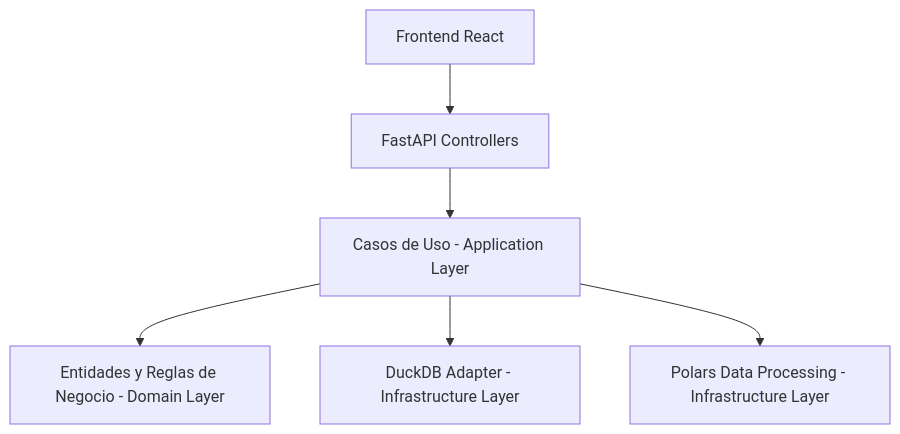
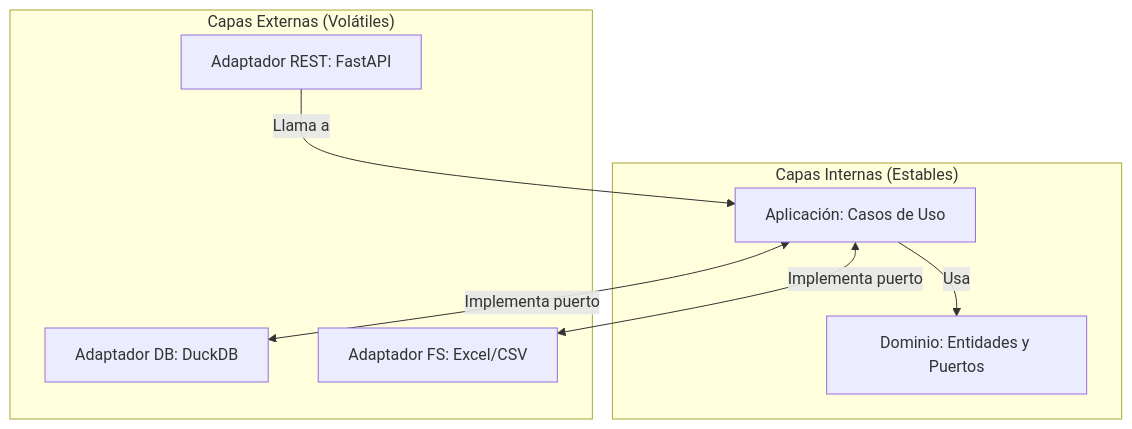
Before and after one commit to ivmafo/tsis_umb_data_science: the second of 2 diagrams in docs/architecture.md, drawn with Mermaid. The commit also changed other lines of this file and 63 other files, not shown here.

Commit message:
docs: implement extreme documentation across frontend and backend layers, fix api property mappings, and stabilize predictive dashboard imports

````diff
--- a/docs/architecture.md
+++ b/docs/architecture.md
@@ -7,8 +77,18 @@
 ```mermaid
 graph TD
-    UI[Frontend React] --> API[FastAPI Controllers]
-    API --> UC[Casos de Uso - Application Layer]
-    UC --> Domain[Entidades y Reglas de Negocio - Domain Layer]
-    UC --> DB[DuckDB Adapter - Infrastructure Layer]
-    UC --> Polars[Polars Data Processing - Infrastructure Layer]
+    subgraph "Capas Internas (Estables)"
+        Domain[Dominio: Entidades y Puertos]
+        Application[Aplicación: Casos de Uso]
+    end
+
+    subgraph "Capas Externas (Volátiles)"
+        REST[Adaptador REST: FastAPI]
+        DB[Adaptador DB: DuckDB]
+        Files[Adaptador FS: Excel/CSV]
+    end
+
+    REST -- "Llama a" --> Application
+    Application -- "Usa" --> Domain
+    Application -- "Implementa puerto" <--> DB
+    Application -- "Implementa puerto" <--> Files
 ```
````
